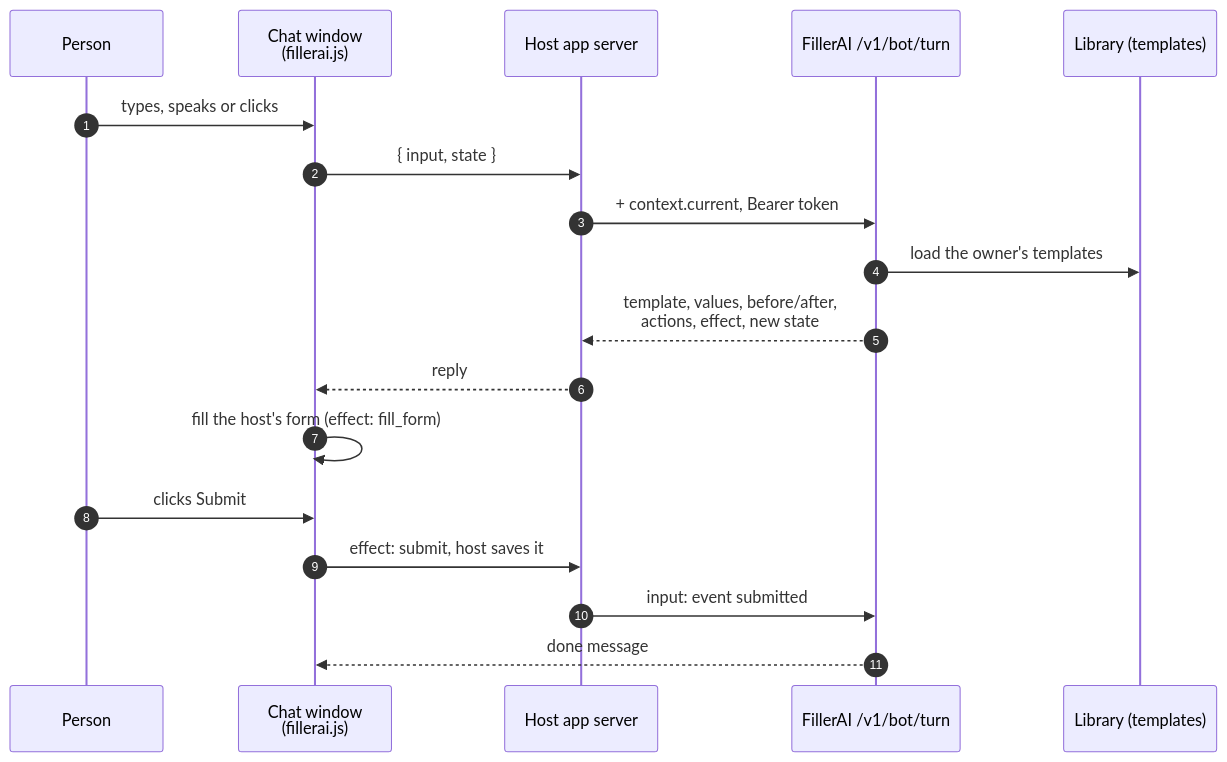
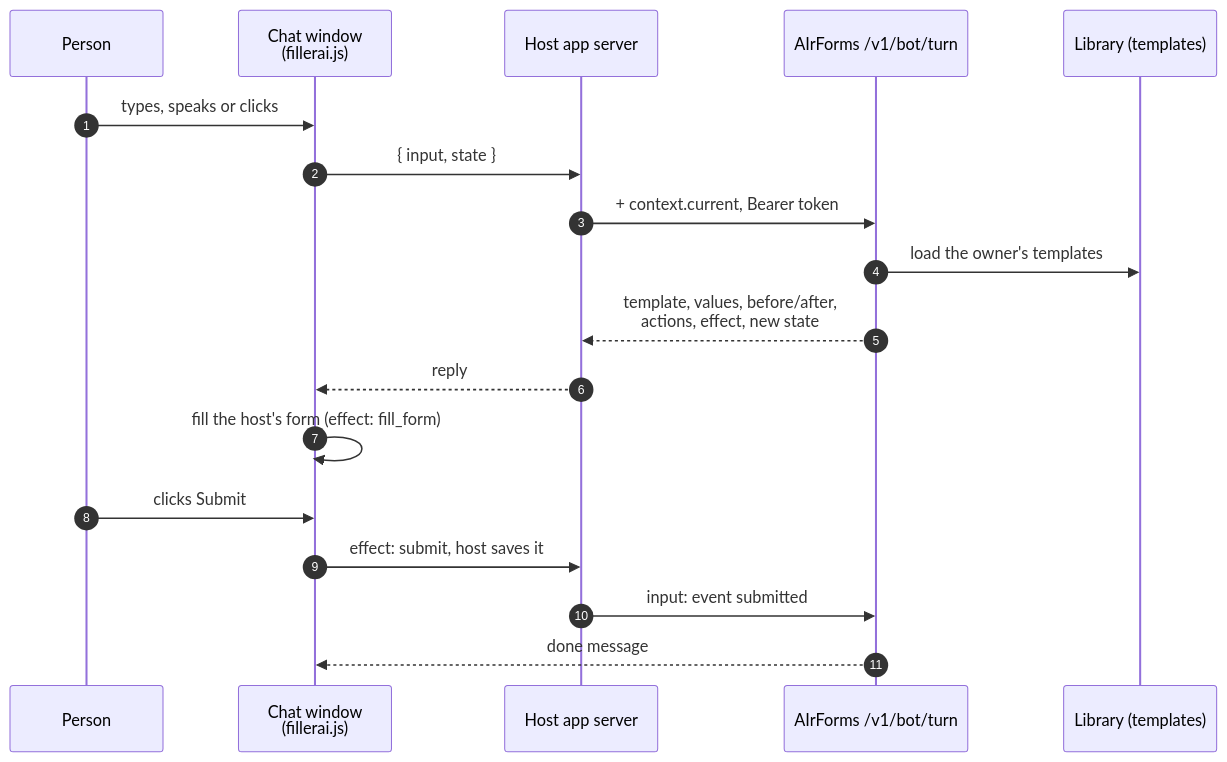
One commit to nelait/FillerAI changed the third of 3 diagrams in docs/overview.md. Above: the diagram before and after it, drawn with Mermaid. The commit also changed other lines of this file and 62 other files, not shown here.

First line of the commit message:
Rebrand as AIrForms and give the UI a professional look

````diff
--- a/docs/overview.md
+++ b/docs/overview.md
@@ -150,21 +150,21 @@
 ```mermaid
 sequenceDiagram
     autonumber
     participant P as Person
     participant W as Chat window<br/>(fillerai.js)
     participant H as Host app server
-    participant B as FillerAI /v1/bot/turn
+    participant B as AIrForms /v1/bot/turn
     participant L as Library (templates)
 
     P->>W: types, speaks or clicks
     W->>H: { input, state }
     H->>B: + context.current, Bearer token
     B->>L: load the owner's templates
     B-->>H: template, values, before/after,<br/>actions, effect, new state
     H-->>W: reply
     W->>W: fill the host's form (effect: fill_form)
     P->>W: clicks Submit
     W->>H: effect: submit, host saves it
     H->>B: input: event submitted
     B-->>W: done message
 ```
````
